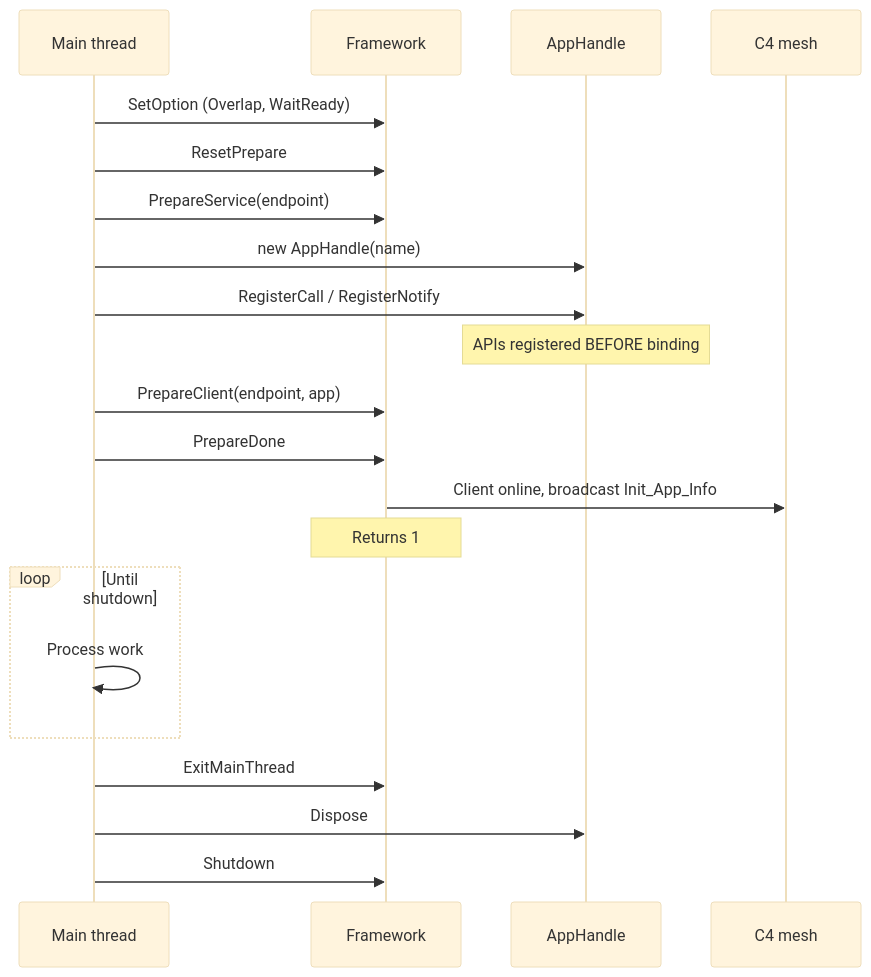
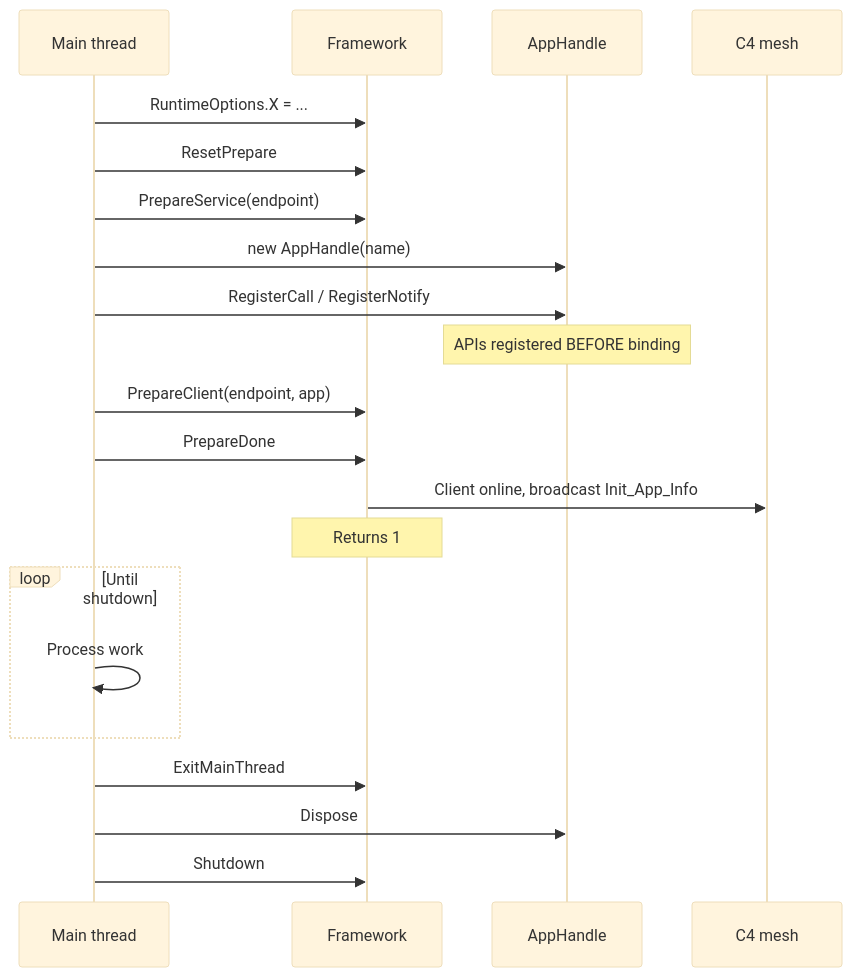
One commit to PassByYou888/LingoFuse changed the second of 3 diagrams in csharp/LingoFuse_CSharp_Complete_Guide.md. Above: the diagram before and after it, drawn with Mermaid (base theme). The commit also changed other lines of this file and 78 other files, not shown here.

````diff
--- a/csharp/LingoFuse_CSharp_Complete_Guide.md
+++ b/csharp/LingoFuse_CSharp_Complete_Guide.md
@@ -1366,24 +2602,24 @@
 ```mermaid
 sequenceDiagram
     participant Main as Main thread
     participant FW as Framework
     participant App as AppHandle
     participant Mesh as C4 mesh
 
-    Main->>FW: SetOption (Overlap, WaitReady)
+    Main->>FW: RuntimeOptions.X = ...
     Main->>FW: ResetPrepare
     Main->>FW: PrepareService(endpoint)
     Main->>App: new AppHandle(name)
     Main->>App: RegisterCall / RegisterNotify
     Note over App: APIs registered BEFORE binding
     Main->>FW: PrepareClient(endpoint, app)
     Main->>FW: PrepareDone
     FW->>Mesh: Client online, broadcast Init_App_Info
     Note over FW: Returns 1
     loop Until shutdown
         Main->>Main: Process work
     end
     Main->>FW: ExitMainThread
     Main->>App: Dispose
     Main->>FW: Shutdown
 ```
````
